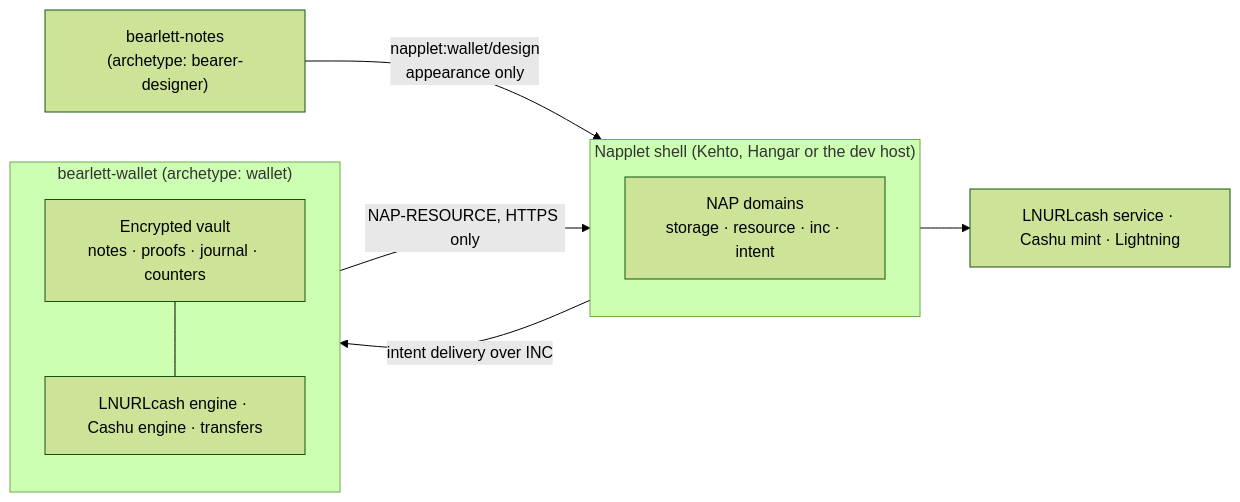
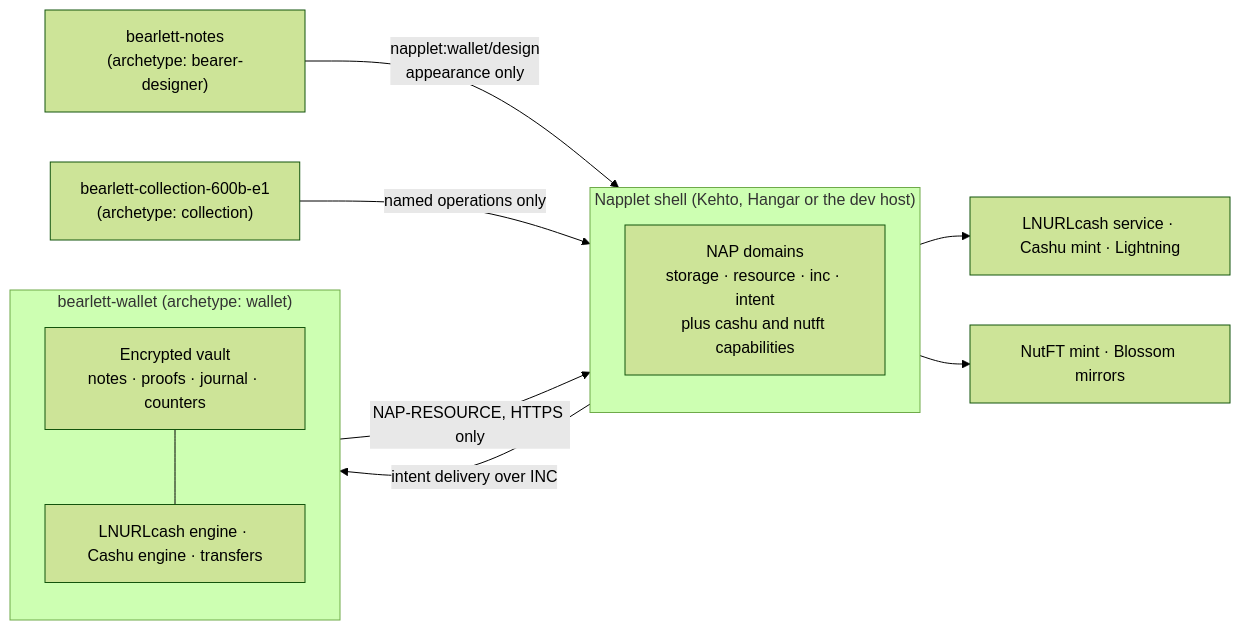
The diagram in README.md (BIMbeamFLX/bearlett), drawn with Mermaid (forest theme) before and after one commit. The commit also changed other lines of this file, not shown here.

````diff
--- a/README.md
+++ b/README.md
@@ -103,19 +148,23 @@
 ```mermaid
 flowchart LR
   subgraph Shell["Napplet shell (Kehto, Hangar or the dev host)"]
     direction TB
-    NAP["NAP domains<br/>storage · resource · inc · intent"]
+    NAP["NAP domains<br/>storage · resource · inc · intent<br/>plus cashu and nutft capabilities"]
   end
   subgraph Wallet["bearlett-wallet (archetype: wallet)"]
     direction TB
     Vault["Encrypted vault<br/>notes · proofs · journal · counters"]
     Engines["LNURLcash engine · Cashu engine · transfers"]
   end
   Notes["bearlett-notes<br/>(archetype: bearer-designer)"]
+  Collection["bearlett-collection-600b-e1<br/>(archetype: collection)"]
   Mint["LNURLcash service · Cashu mint · Lightning"]
+  NutFT["NutFT mint · Blossom mirrors"]
   Notes -- "napplet:wallet/design<br/>appearance only" --> NAP
   NAP -- "intent delivery over INC" --> Wallet
   Wallet -- "NAP-RESOURCE, HTTPS only" --> NAP
+  Collection -- "named operations only" --> NAP
   NAP --> Mint
+  NAP --> NutFT
   Vault --- Engines
 ```
````
